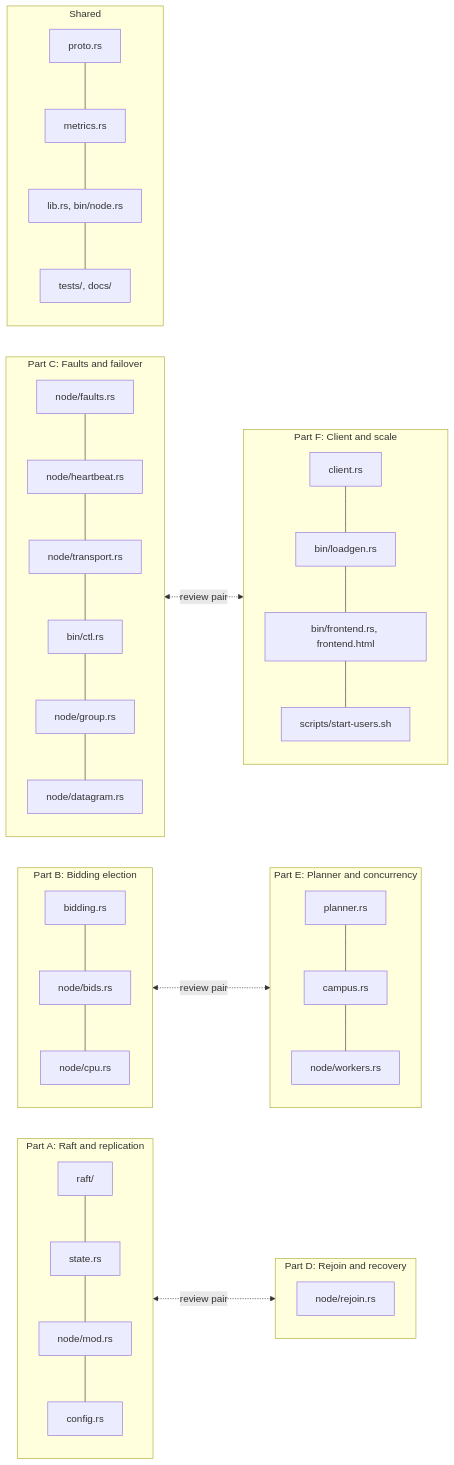
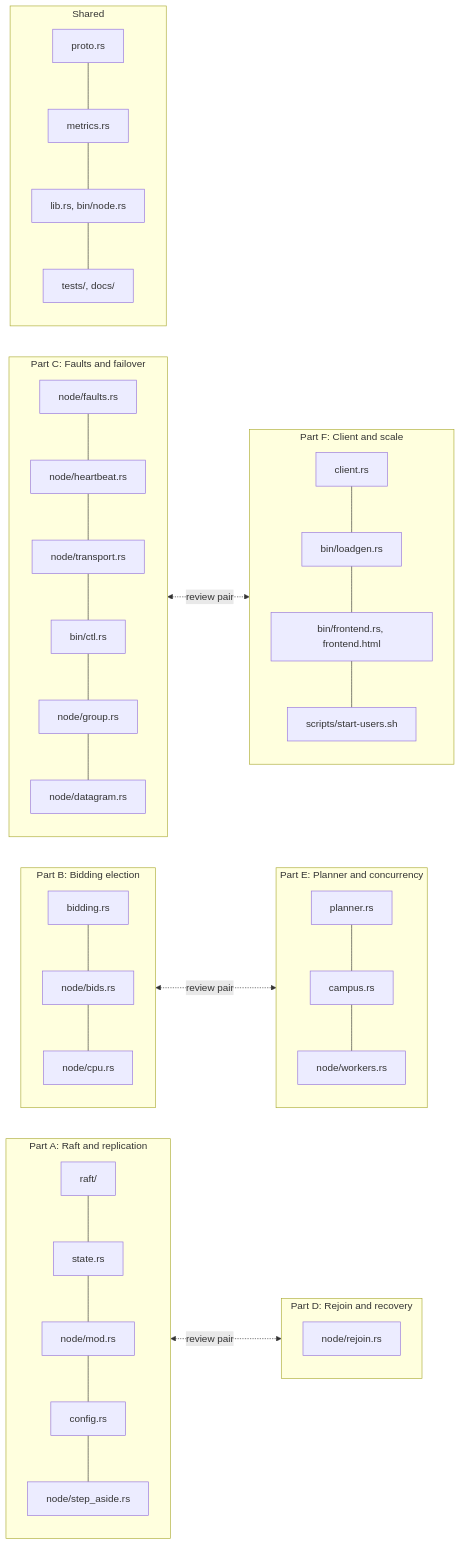
One commit to noortaytoy1/DistributedSystems changed the sixth of 48 diagrams in docs/architecture.md. Above: the diagram before and after it, drawn with Mermaid. The commit also changed other lines of this file and 7 other files, not shown here.

First line of the commit message:
Record the step-aside: D218, the diagrams and the demo scene

````diff
--- a/docs/architecture.md
+++ b/docs/architecture.md
@@ -370,27 +376,27 @@
 ```mermaid
 flowchart LR
     subgraph A["Part A: Raft and replication"]
-        A1["raft/"] --- A2["state.rs"] --- A3["node/mod.rs"] --- A4["config.rs"]
+        A1["raft/"] --- A2["state.rs"] --- A3["node/mod.rs"] --- A4["config.rs"] --- A5["node/step_aside.rs"]
     end
     subgraph B["Part B: Bidding election"]
         B1["bidding.rs"] --- B2["node/bids.rs"] --- B3["node/cpu.rs"]
     end
     subgraph C["Part C: Faults and failover"]
         C1["node/faults.rs"] --- C2["node/heartbeat.rs"] --- C3["node/transport.rs"] --- C4["bin/ctl.rs"] --- C5["node/group.rs"] --- C6["node/datagram.rs"]
     end
     subgraph D["Part D: Rejoin and recovery"]
         D1["node/rejoin.rs"]
     end
     subgraph E["Part E: Planner and concurrency"]
         E1["planner.rs"] --- E2["campus.rs"] --- E3["node/workers.rs"]
     end
     subgraph F["Part F: Client and scale"]
         F1["client.rs"] --- F2["bin/loadgen.rs"] --- F3["bin/frontend.rs, frontend.html"] --- F4["scripts/start-users.sh"]
     end
     subgraph S["Shared"]
         S1["proto.rs"] --- S2["metrics.rs"] --- S3["lib.rs, bin/node.rs"] --- S4["tests/, docs/"]
     end
     A <-.->|"review pair"| D
     B <-.->|"review pair"| E
     C <-.->|"review pair"| F
 ```
````
